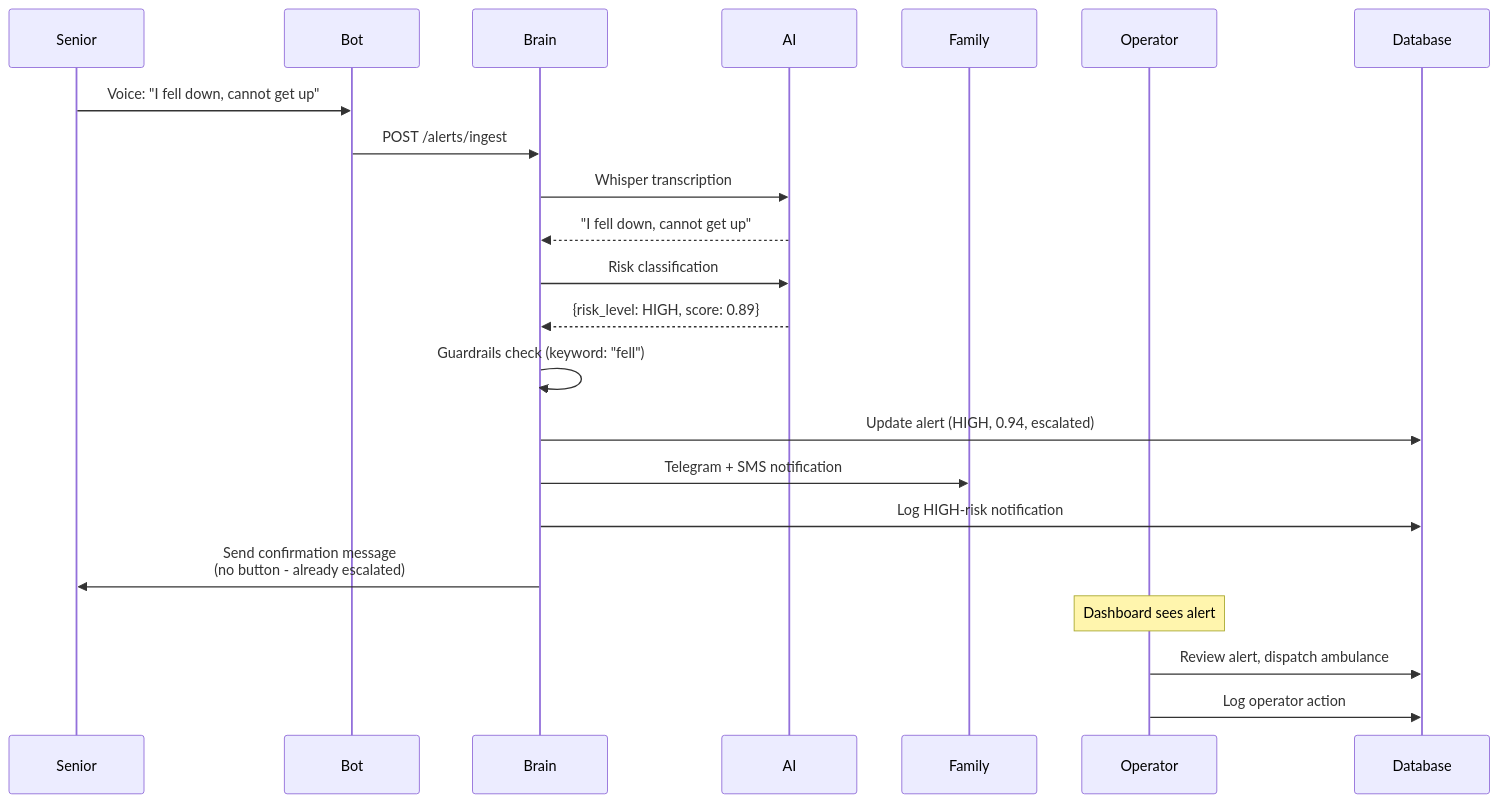
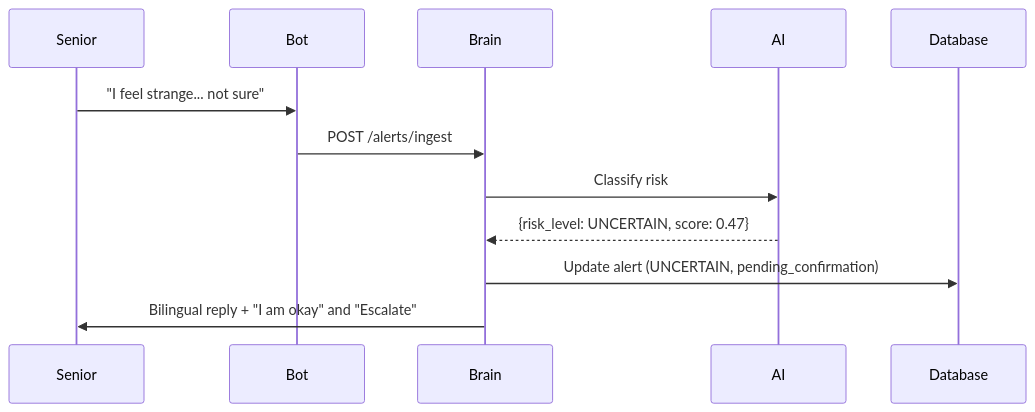
The fifth of 8 diagrams in flowchart.md (brucewzj99/PersonalAlertPlus), drawn with Mermaid before and after one commit. The commit also changed other lines of this file and 11 other files, not shown here.

````diff
--- a/flowchart.md
+++ b/flowchart.md
@@ -302,24 +291,14 @@
 ```mermaid
 sequenceDiagram
     participant Senior
     participant Bot
     participant Brain
     participant AI
-    participant Family
-    participant Operator
 
-    Senior->>Bot: Voice: "I fell down, cannot get up"
+    Senior->>Bot: "I feel strange... not sure"
     Bot->>Brain: POST /alerts/ingest
-    Brain->>AI: Whisper transcription
-    AI-->>Brain: "I fell down, cannot get up"
-    Brain->>AI: Risk classification
-    AI-->>Brain: {risk_level: HIGH, score: 0.89}
-    Brain->>Brain: Guardrails check (keyword: "fell")
-    Brain->>Database: Update alert (HIGH, 0.94, escalated)
-    Brain->>Family: Telegram + SMS notification
-    Brain->>Database: Log HIGH-risk notification
-    Brain->>Senior: Send confirmation message<br/>(no button - already escalated)
-    Note over Operator: Dashboard sees alert
-    Operator->>Database: Review alert, dispatch ambulance
-    Operator->>Database: Log operator action
+    Brain->>AI: Classify risk
+    AI-->>Brain: {risk_level: UNCERTAIN, score: 0.47}
+    Brain->>Database: Update alert (UNCERTAIN, pending_confirmation)
+    Brain->>Senior: Bilingual reply + "I am okay" and "Escalate"
 ```
````
